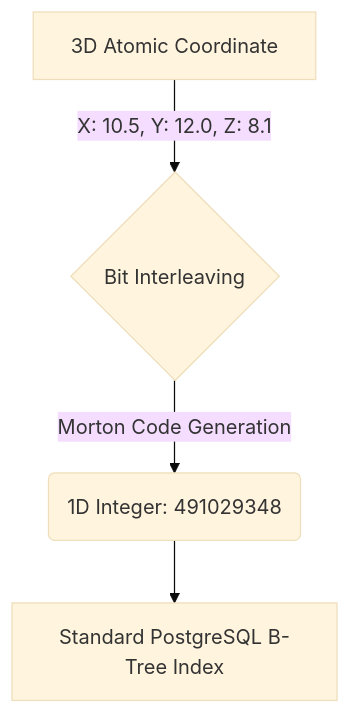
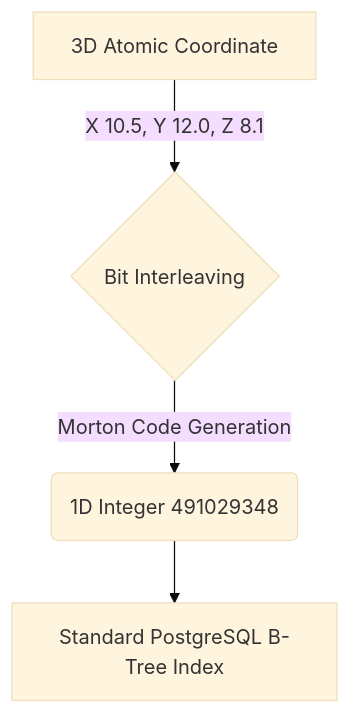
One commit to jonatas/ideia.me changed the first of 3 diagrams in _posts/2026-09-23-pg-bio-intro.md. Above: the diagram before and after it, drawn with Mermaid (base theme). The commit also changed other lines of this file, not shown here.

Commit message:
Fix final mermaid syntax errors (remove parens and colons from node labels)

```diff
--- a/_posts/2026-09-23-pg-bio-intro.md
+++ b/_posts/2026-09-23-pg-bio-intro.md
@@ -28,6 +28,6 @@
 {% mermaid %}
 graph TD
-    A[3D Atomic Coordinate] -->|X: 10.5, Y: 12.0, Z: 8.1| B{Bit Interleaving}
-    B -->|Morton Code Generation| C(1D Integer: 491029348)
+    A[3D Atomic Coordinate] -->|X 10.5, Y 12.0, Z 8.1| B{Bit Interleaving}
+    B -->|Morton Code Generation| C(1D Integer 491029348)
     C --> D[Standard PostgreSQL B-Tree Index]
 {% endmermaid %}
```
